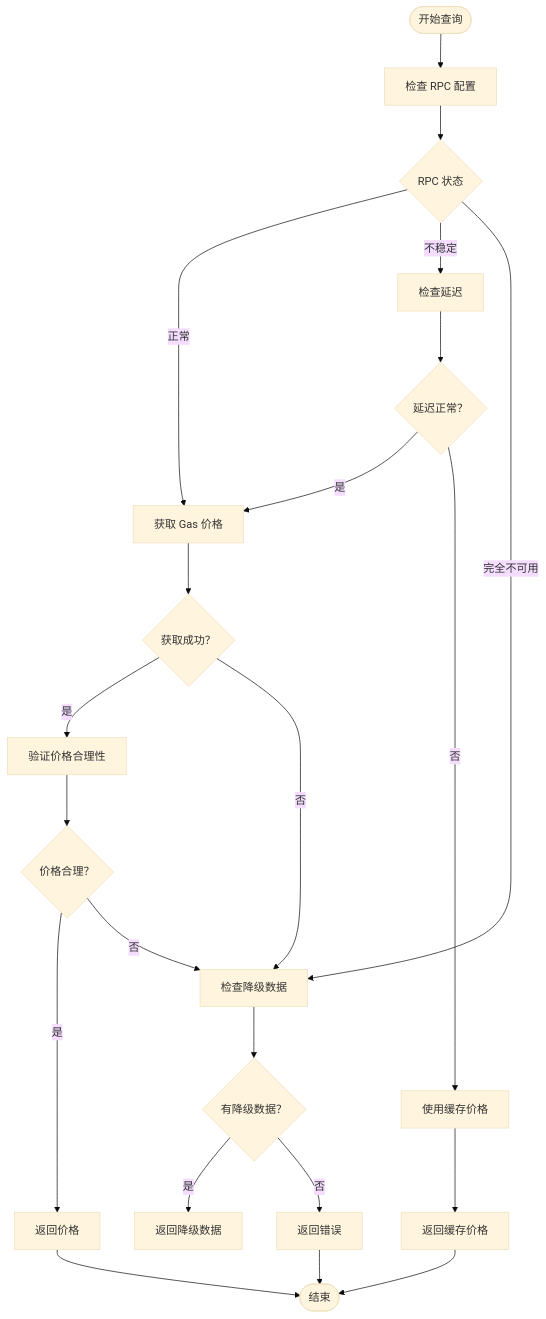
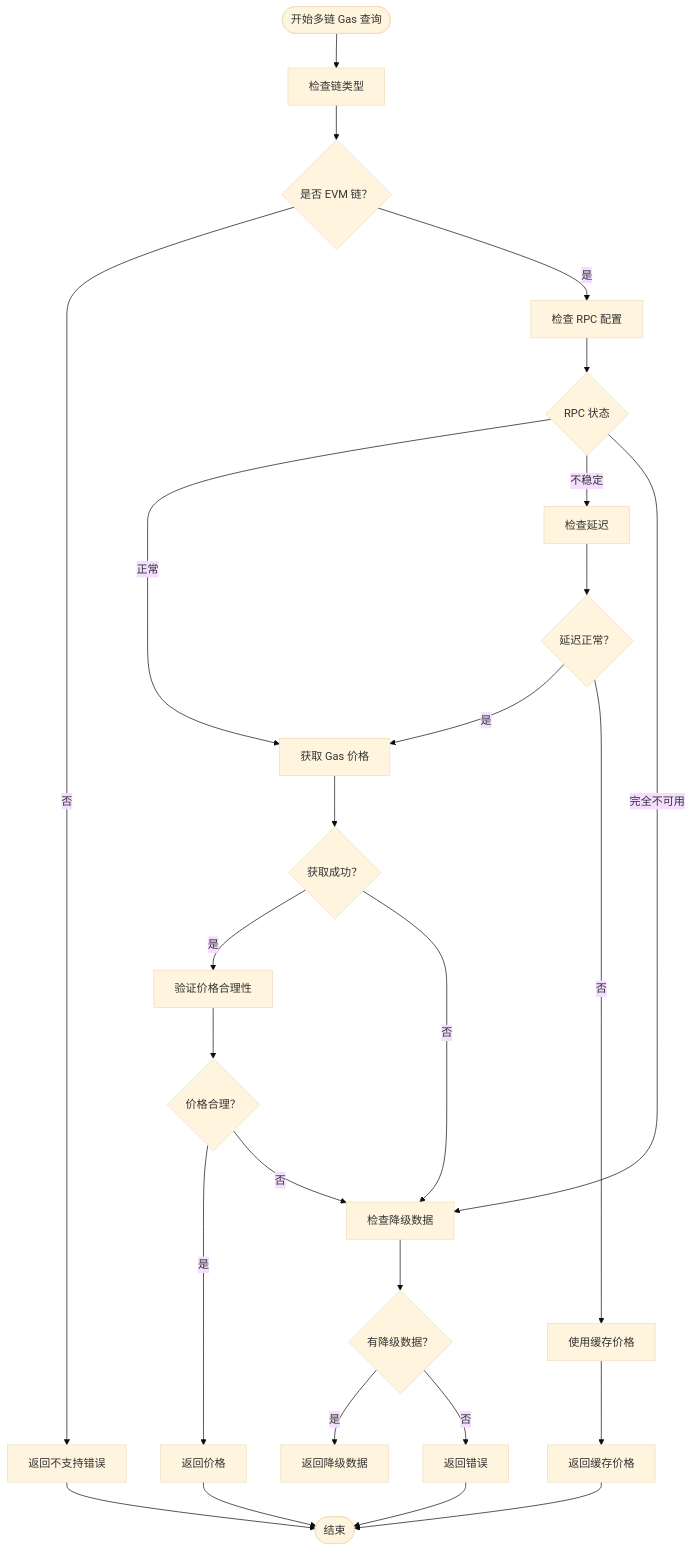
The tenth of 12 diagrams in .qoder/repowiki/zh/content/Web3工具集成/核心Web3工具实现/核心Web3工具实现.md (CryptoLinxu/Web3-AI-Agent), drawn with Mermaid (base theme) before and after one commit. The commit also changed other lines of this file and 9 other files, not shown here.

````diff
--- a/.qoder/repowiki/zh/content/Web3工具集成/核心Web3工具实现/核心Web3工具实现.md
+++ b/.qoder/repowiki/zh/content/Web3工具集成/核心Web3工具实现/核心Web3工具实现.md
@@ -276,24 +561,28 @@
 ```mermaid
 flowchart TD
-Start([开始查询]) --> CheckRPC["检查 RPC 配置"]
+Start([开始多链 Gas 查询]) --> CheckChain["检查链类型"]
+CheckChain --> IsEVM{"是否 EVM 链？"}
+IsEVM --> |否| ReturnNotSupported["返回不支持错误"]
+IsEVM --> |是| CheckRPC["检查 RPC 配置"]
 CheckRPC --> RPCStatus{"RPC 状态"}
 RPCStatus --> |正常| GetGasPrice["获取 Gas 价格"]
 RPCStatus --> |不稳定| CheckLatency["检查延迟"]
 RPCStatus --> |完全不可用| CheckFallback["检查降级数据"]
 CheckLatency --> LatencyOK{"延迟正常？"}
 LatencyOK --> |是| GetGasPrice
 LatencyOK --> |否| UseCached["使用缓存价格"]
 GetGasPrice --> PriceSuccess{"获取成功？"}
 PriceSuccess --> |是| ValidatePrice["验证价格合理性"]
 PriceSuccess --> |否| CheckFallback
 ValidatePrice --> PriceValid{"价格合理？"}
 PriceValid --> |是| ReturnPrice["返回价格"]
 PriceValid --> |否| CheckFallback
 CheckFallback --> FallbackAvailable{"有降级数据？"}
 FallbackAvailable --> |是| ReturnFallback["返回降级数据"]
 FallbackAvailable --> |否| ReturnError["返回错误"]
 UseCached --> ReturnCached["返回缓存价格"]
 ReturnCached --> End([结束])
 ReturnPrice --> End
 ReturnError --> End
+ReturnNotSupported --> End
 ```
````
